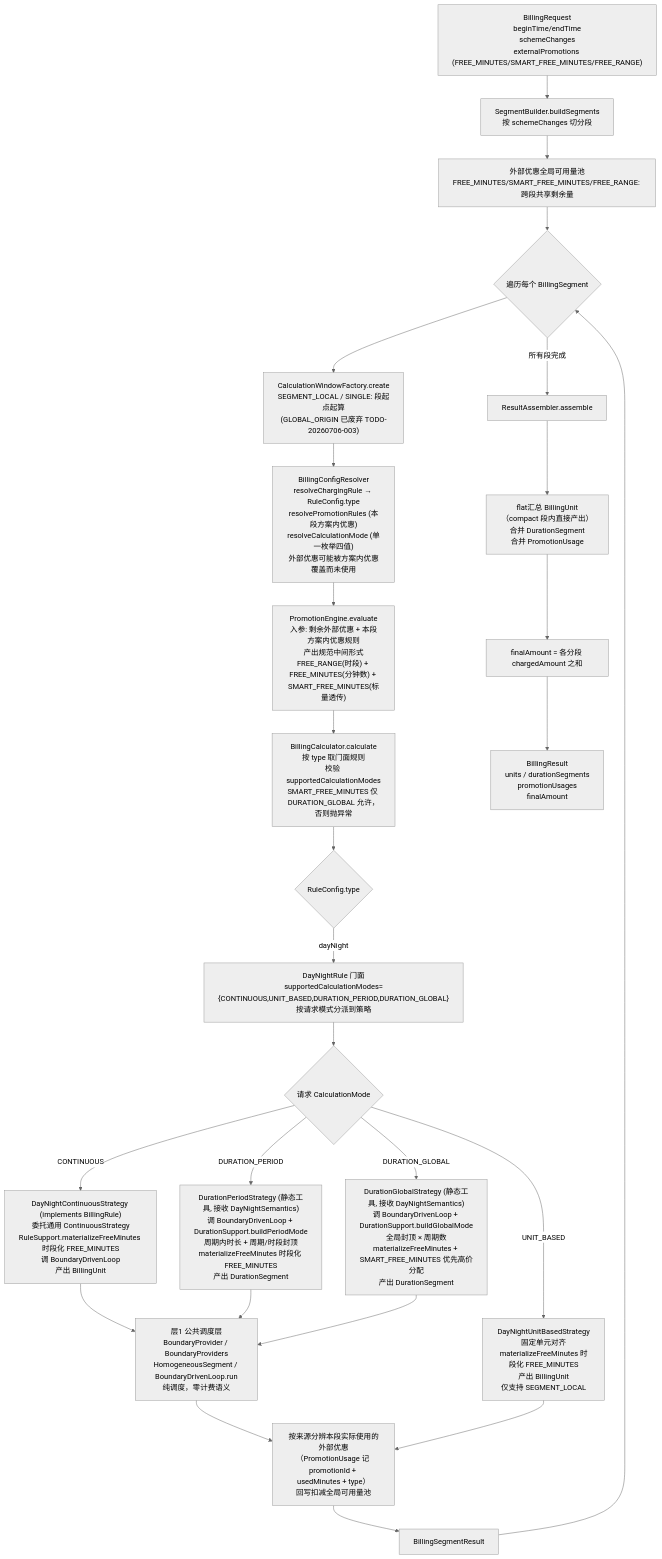
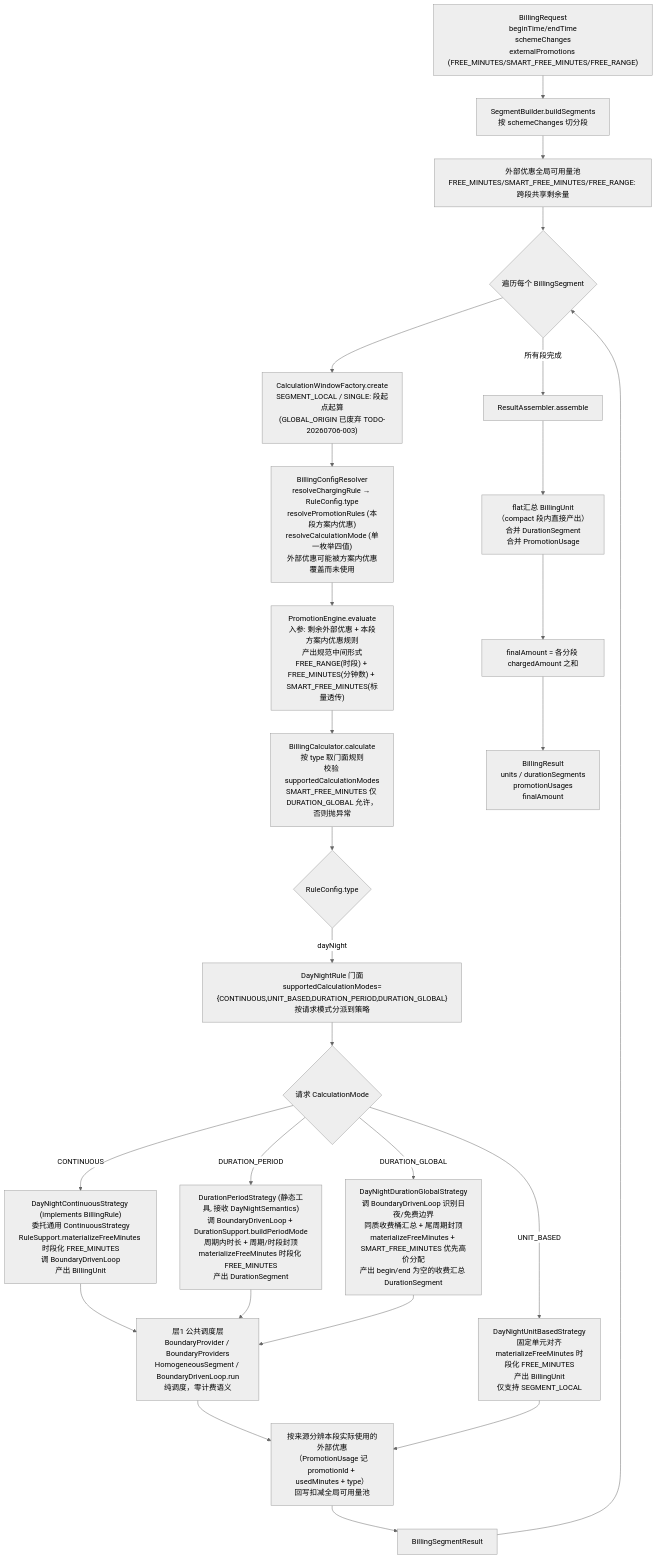
One commit to ShangTX/billing-engine changed the diagram in docs/billing-engine-calculation-flow-zh.md. Above: the diagram before and after it, drawn with Mermaid (neutral theme). The commit also changed other lines of this file and 26 other files, not shown here.

````diff
--- a/docs/billing-engine-calculation-flow-zh.md
+++ b/docs/billing-engine-calculation-flow-zh.md
@@ -31,47 +31,47 @@
 ```mermaid
 flowchart TD
     Req["BillingRequest<br/>beginTime/endTime<br/>schemeChanges<br/>externalPromotions (FREE_MINUTES/SMART_FREE_MINUTES/FREE_RANGE)"]
 
     Req --> SB["SegmentBuilder.buildSegments<br/>按 schemeChanges 切分段"]
 
     SB --> Pool["外部优惠全局可用量池<br/>FREE_MINUTES/SMART_FREE_MINUTES/FREE_RANGE: 跨段共享剩余量"]
 
     Pool --> Loop{"遍历每个 BillingSegment"}
 
     Loop --> CWF["CalculationWindowFactory.create<br/>SEGMENT_LOCAL / SINGLE: 段起点起算<br/>(GLOBAL_ORIGIN 已废弃 TODO-20260706-003)"]
 
     CWF --> Cfg["BillingConfigResolver<br/>resolveChargingRule → RuleConfig.type<br/>resolvePromotionRules (本段方案内优惠)<br/>resolveCalculationMode (单一枚举四值)<br/>外部优惠可能被方案内优惠覆盖而未使用"]
 
     Cfg --> PE["PromotionEngine.evaluate<br/>入参: 剩余外部优惠 + 本段方案内优惠规则<br/>产出规范中间形式<br/>FREE_RANGE(时段) + FREE_MINUTES(分钟数) + SMART_FREE_MINUTES(标量透传)"]
 
     PE --> BC["BillingCalculator.calculate<br/>按 type 取门面规则<br/>校验 supportedCalculationModes<br/>SMART_FREE_MINUTES 仅 DURATION_GLOBAL 允许，否则抛异常"]
 
     BC --> Type{"RuleConfig.type"}
 
     Type -->|dayNight| Facade["DayNightRule 门面<br/>supportedCalculationModes={CONTINUOUS,UNIT_BASED,DURATION_PERIOD,DURATION_GLOBAL}<br/>按请求模式分派到策略"]
 
     Facade --> Mode{"请求 CalculationMode"}
 
     Mode -->|CONTINUOUS| S1["DayNightContinuousStrategy (implements BillingRule)<br/>委托通用 ContinuousStrategy<br/>RuleSupport.materializeFreeMinutes 时段化 FREE_MINUTES<br/>调 BoundaryDrivenLoop<br/>产出 BillingUnit"]
     Mode -->|UNIT_BASED| S2["DayNightUnitBasedStrategy<br/>固定单元对齐<br/>materializeFreeMinutes 时段化 FREE_MINUTES<br/>产出 BillingUnit<br/>仅支持 SEGMENT_LOCAL"]
     Mode -->|DURATION_PERIOD| S3["DurationPeriodStrategy (静态工具, 接收 DayNightSemantics)<br/>调 BoundaryDrivenLoop + DurationSupport.buildPeriodMode<br/>周期内时长 + 周期/时段封顶<br/>materializeFreeMinutes 时段化 FREE_MINUTES<br/>产出 DurationSegment"]
-    Mode -->|DURATION_GLOBAL| S4["DurationGlobalStrategy (静态工具, 接收 DayNightSemantics)<br/>调 BoundaryDrivenLoop + DurationSupport.buildGlobalMode<br/>全局封顶 × 周期数<br/>materializeFreeMinutes + SMART_FREE_MINUTES 优先高价分配<br/>产出 DurationSegment"]
+    Mode -->|DURATION_GLOBAL| S4["DayNightDurationGlobalStrategy<br/>调 BoundaryDrivenLoop 识别日夜/免费边界<br/>同质收费桶汇总 + 尾周期封顶<br/>materializeFreeMinutes + SMART_FREE_MINUTES 优先高价分配<br/>产出 begin/end 为空的收费汇总 DurationSegment"]
 
     S1 --> Shared["层1 公共调度层<br/>BoundaryProvider / BoundaryProviders<br/>HomogeneousSegment / BoundaryDrivenLoop.run<br/>纯调度，零计费语义"]
     S3 --> Shared
     S4 --> Shared
 
     Shared --> Writeback["按来源分辨本段实际使用的外部优惠<br/>（PromotionUsage 记 promotionId + usedMinutes + type）<br/>回写扣减全局可用量池"]
     S2 --> Writeback
 
     Writeback --> Seg1["BillingSegmentResult"]
     Seg1 --> Loop
 
     Loop -->|所有段完成| RA["ResultAssembler.assemble"]
 
     RA --> Merge["flat汇总 BillingUnit（compact 段内直接产出）<br/>合并 DurationSegment<br/>合并 PromotionUsage"]
 
     Merge --> F1["finalAmount = 各分段 chargedAmount 之和"]
 
     F1 --> Out["BillingResult<br/>units / durationSegments<br/>promotionUsages<br/>finalAmount"]
 ```
````
